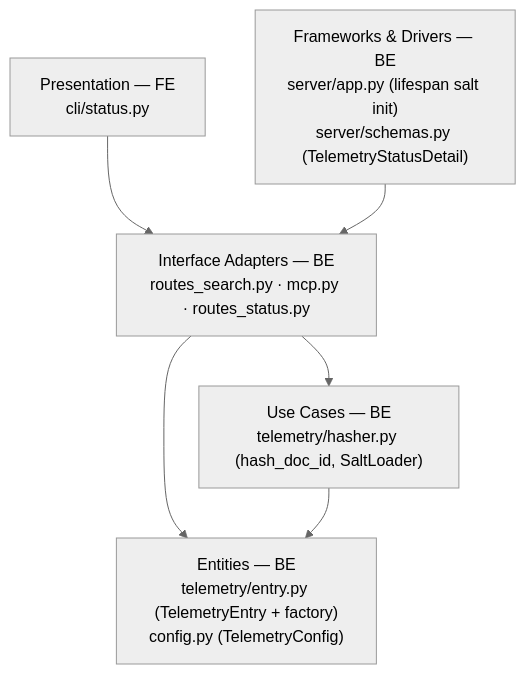
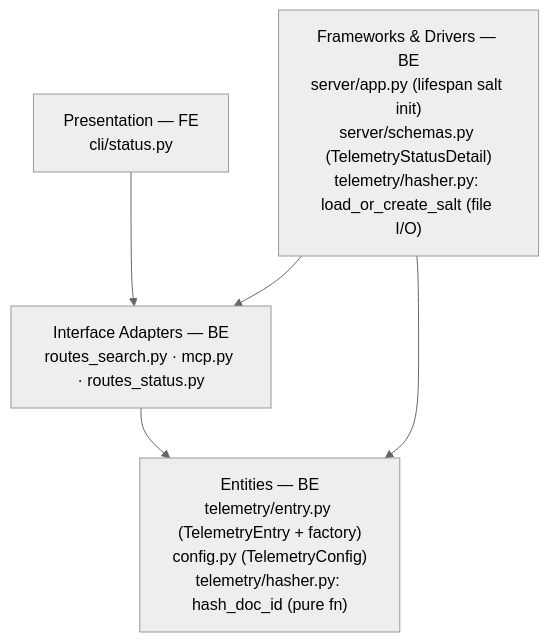
One commit to user538295/archon-search changed the first of 2 diagrams in Documentation/Backlog/D8-hashed-doc-id-telemetry-team-plan.md. Above: the diagram before and after it, drawn with Mermaid (neutral theme). The commit also changed other lines of this file and 9 other files, not shown here.

````diff
--- a/Documentation/Backlog/D8-hashed-doc-id-telemetry-team-plan.md
+++ b/Documentation/Backlog/D8-hashed-doc-id-telemetry-team-plan.md
@@ -98,13 +101,11 @@
 ```mermaid
 flowchart TD
   P["Presentation — FE<br/>cli/status.py"]
-  UC["Use Cases — BE<br/>telemetry/hasher.py (hash_doc_id, SaltLoader)"]
   AD["Interface Adapters — BE<br/>routes_search.py · mcp.py · routes_status.py"]
-  EN["Entities — BE<br/>telemetry/entry.py (TelemetryEntry + factory)<br/>config.py (TelemetryConfig)"]
-  FW["Frameworks & Drivers — BE<br/>server/app.py (lifespan salt init)<br/>server/schemas.py (TelemetryStatusDetail)"]
+  EN["Entities — BE<br/>telemetry/entry.py (TelemetryEntry + factory)<br/>config.py (TelemetryConfig)<br/>telemetry/hasher.py: hash_doc_id (pure fn)"]
+  FW["Frameworks & Drivers — BE<br/>server/app.py (lifespan salt init)<br/>server/schemas.py (TelemetryStatusDetail)<br/>telemetry/hasher.py: load_or_create_salt (file I/O)"]
   P --> AD
-  AD --> UC
   AD --> EN
-  UC --> EN
   FW --> AD
+  FW --> EN
 ```
````
